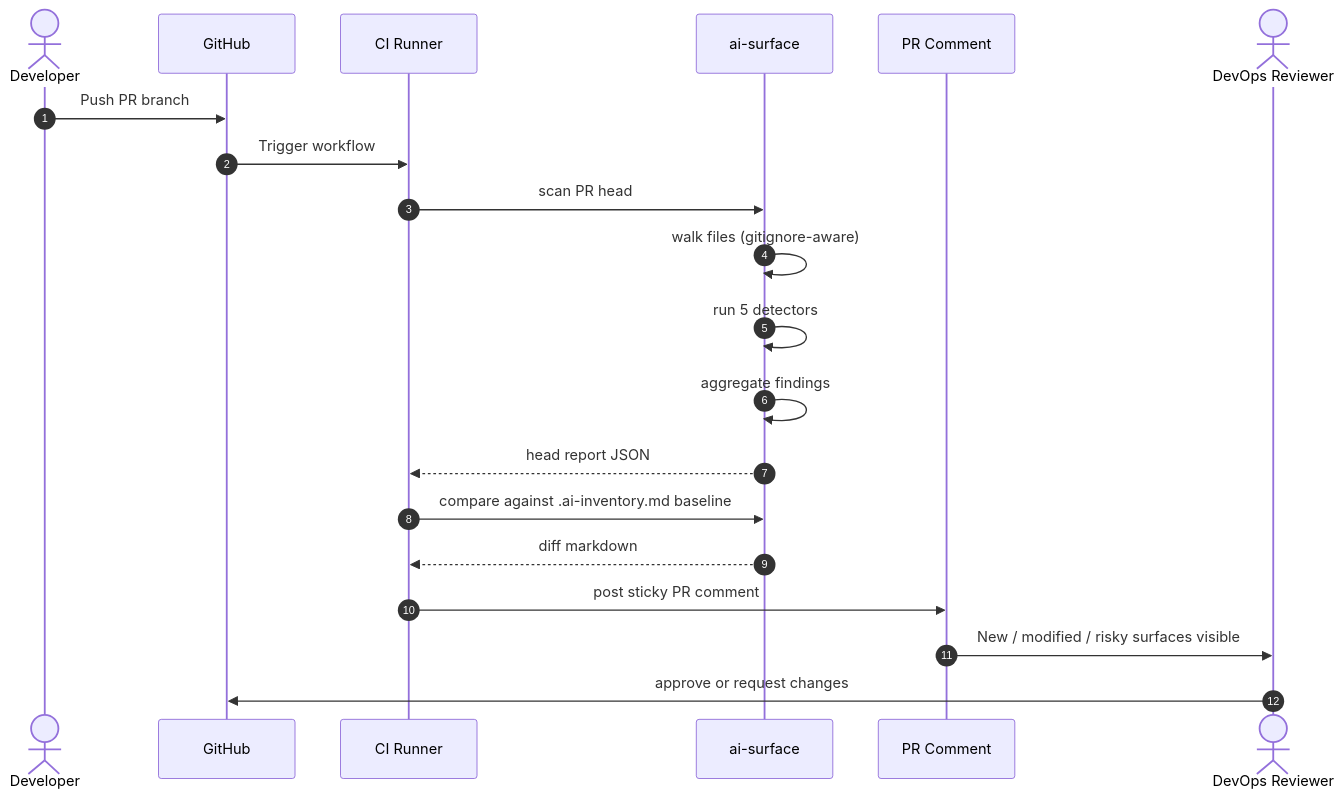
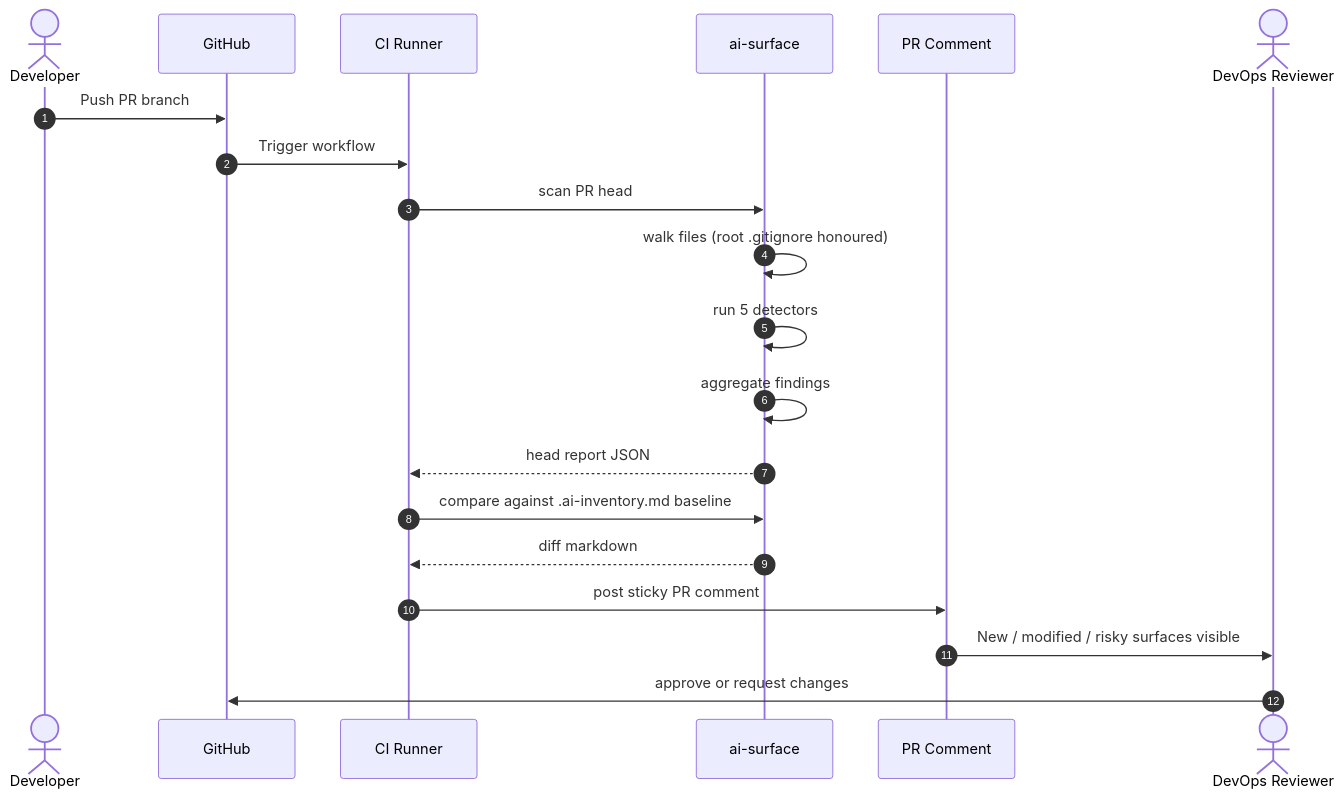
Before and after one commit to actions-marketplace-validations/apisec-inc_AI-Surface: the third of 4 diagrams in README.md, drawn with Mermaid. The commit also changed other lines of this file and 31 other files, not shown here.

````diff
--- a/README.md
+++ b/README.md
@@ -270,23 +270,23 @@
 ```mermaid
 sequenceDiagram
     autonumber
     actor Dev as Developer
     participant Git as GitHub
     participant CI as CI Runner
     participant AS as ai-surface
     participant Comment as PR Comment
     actor Reviewer as DevOps Reviewer
 
     Dev->>Git: Push PR branch
     Git->>CI: Trigger workflow
     CI->>AS: scan PR head
-    AS->>AS: walk files (gitignore-aware)
+    AS->>AS: walk files (root .gitignore honoured)
     AS->>AS: run 5 detectors
     AS->>AS: aggregate findings
     AS-->>CI: head report JSON
     CI->>AS: compare against .ai-inventory.md baseline
     AS-->>CI: diff markdown
     CI->>Comment: post sticky PR comment
     Comment->>Reviewer: New / modified / risky surfaces visible
     Reviewer->>Git: approve or request changes
 ```
````
